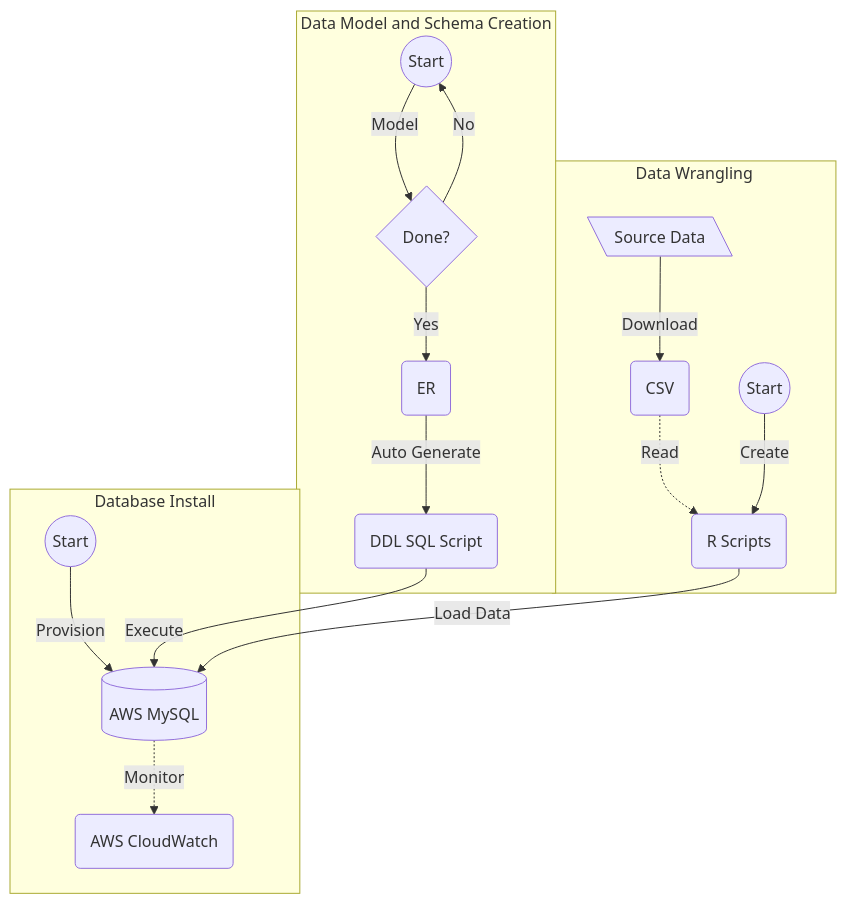
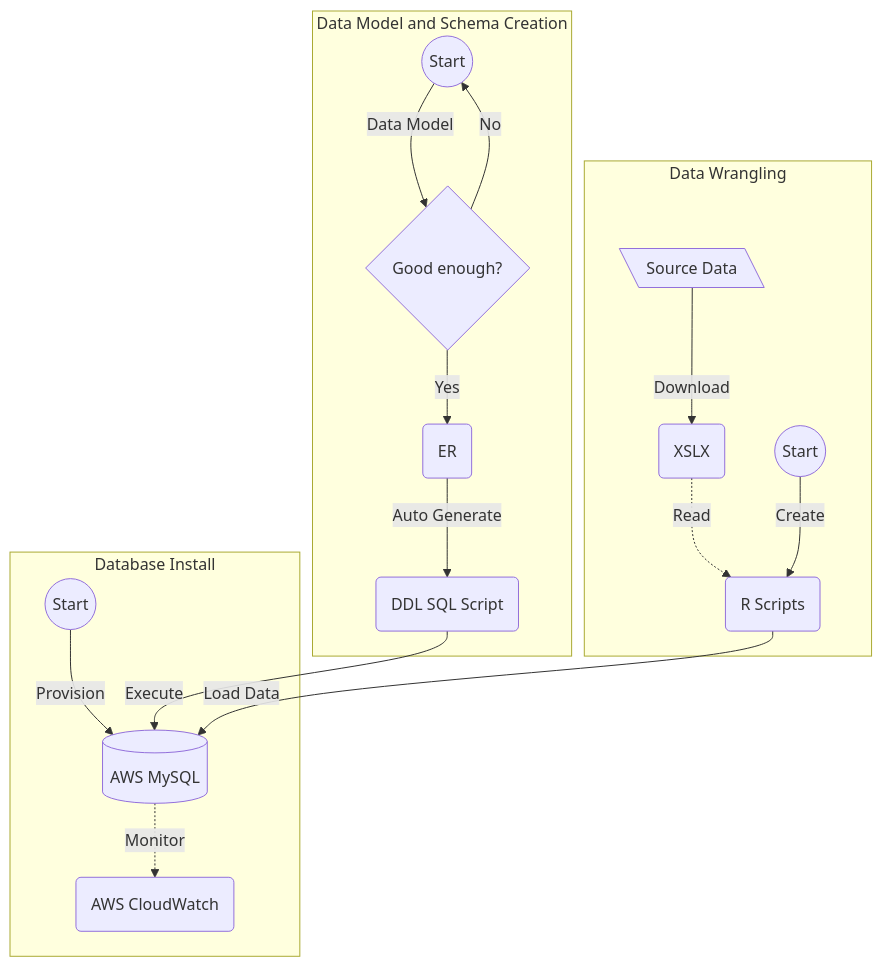
One commit to himalayahall/DATA607-PROJECT3 changed the diagram in Presentation.md. Above: the diagram before and after it, drawn with Mermaid. The commit also changed other lines of this file, not shown here.

````diff
--- a/Presentation.md
+++ b/Presentation.md
@@ -43,38 +23,38 @@
 ```mermaid
 flowchart TD;
     
     subgraph Database Install
     
         id1((Start))-- Provision -->id2[(AWS MySQL)]
         
         id2-. Monitor .->id3(AWS CloudWatch)
     
     end
     
     subgraph Data Model and Schema Creation
     
-        id10((Start))-- Model -->id20{Done?}
+        id10((Start))-- Data Model -->id20{Good enough?}
     
         id20-- Yes -->id30(ER)
     
         id20-- No -->id10
     
         id30-- Auto Generate -->id40(DDL SQL Script)
     
         id40-- Execute -->id2
 
     end
     
     subgraph Data Wrangling  
 
-        id6[\Source Data\]-- Download-->id7(CSV)
+        id6[\Source Data\]-- Download-->id7(XSLX)
 
         id7-. Read .->id110
         
         id100((Start))-- Create -->id110(R Scripts)
         
         id110-- Load Data --> id2
         
       end
 
 ```
````
